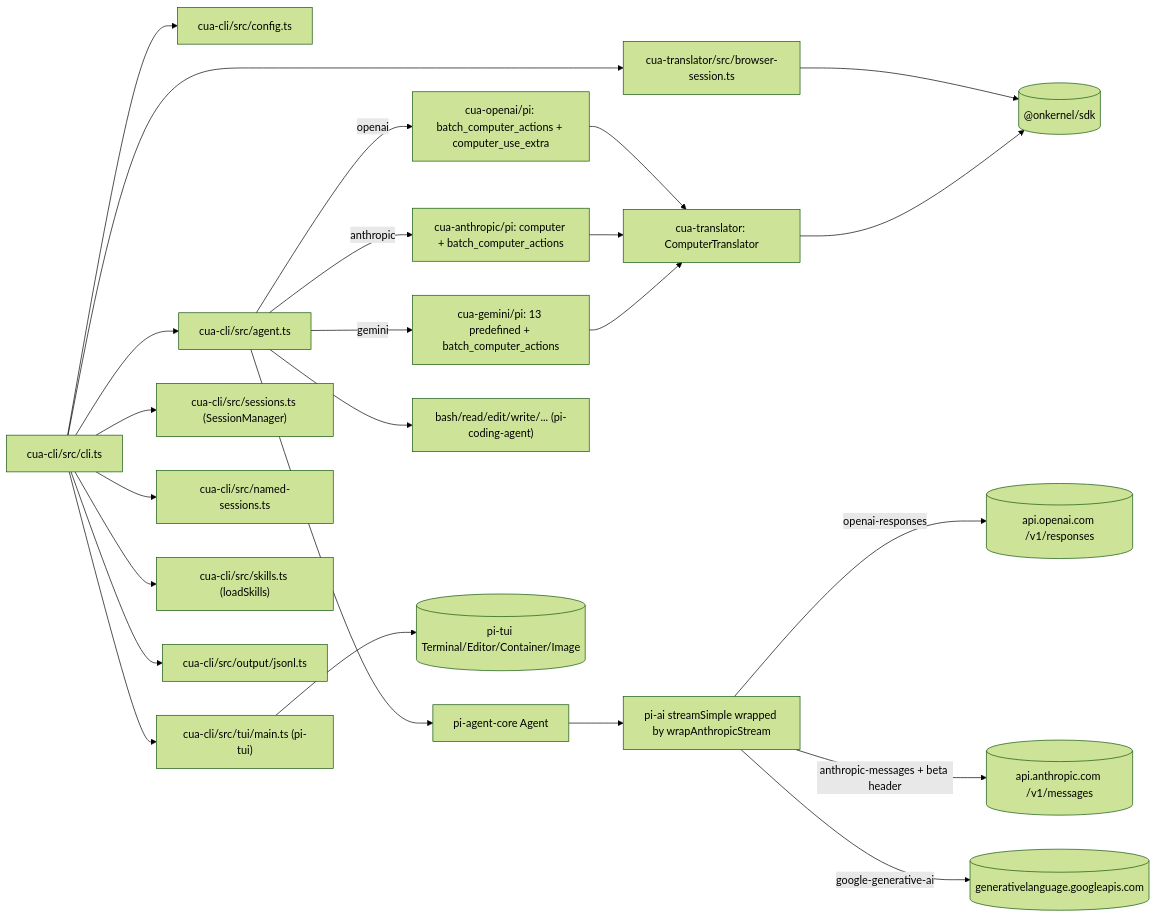
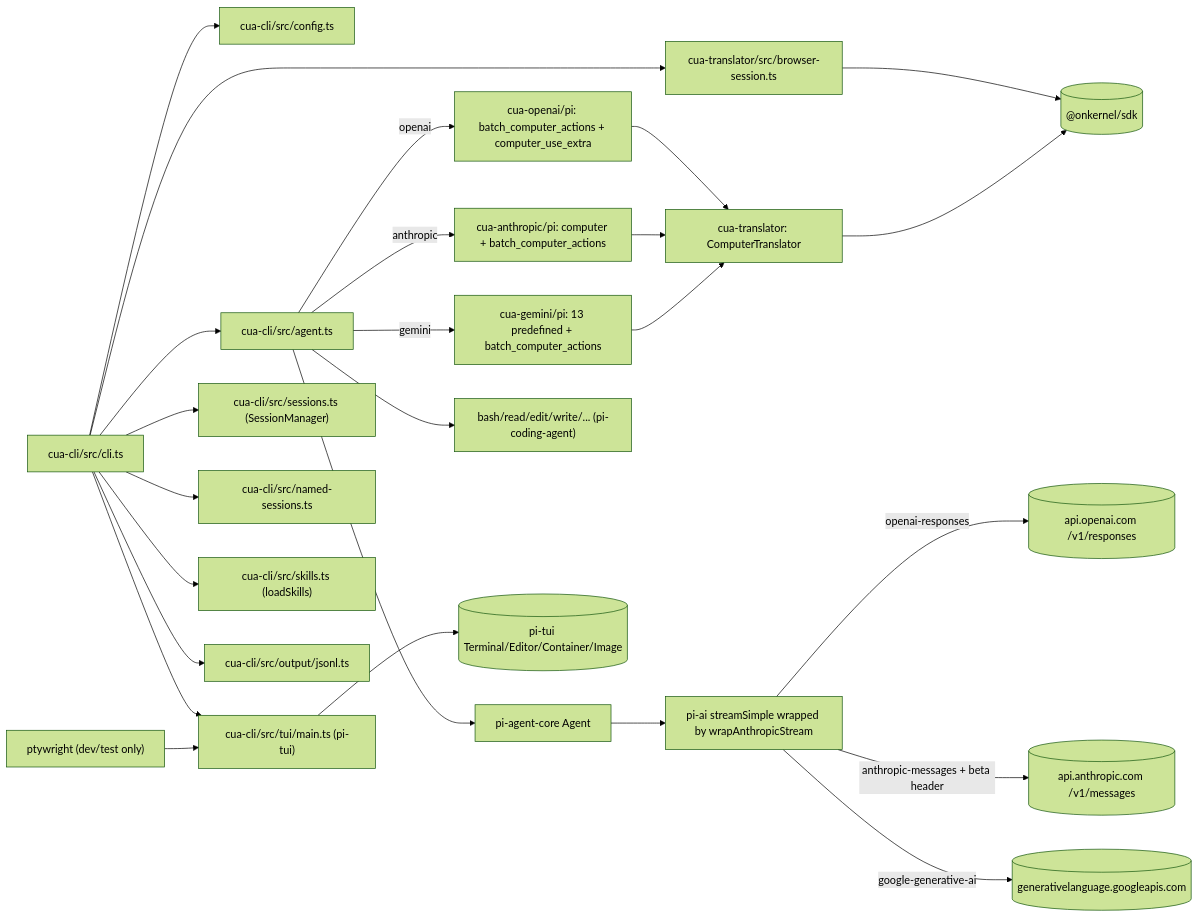
Before and after one commit to kernel/cua: the second of 2 diagrams in docs/architecture.md, drawn with Mermaid (forest theme). The commit also changed other lines of this file and 1 other file, not shown here.

First line of the commit message:
Document architecture invariants and docs workflow

````diff
--- a/docs/architecture.md
+++ b/docs/architecture.md
@@ -287,27 +348,28 @@
 ```mermaid
 flowchart LR
   cli["cua-cli/src/cli.ts"]
   cli --> cfg["cua-cli/src/config.ts"]
   cli --> sess["cua-translator/src/browser-session.ts"]
   sess --> sdk[("@onkernel/sdk")]
   cli --> agentMod["cua-cli/src/agent.ts"]
   agentMod --> piAgent["pi-agent-core Agent"]
   piAgent --> piAi["pi-ai streamSimple wrapped by wrapAnthropicStream"]
   piAi -->|"openai-responses"| openai[("api.openai.com /v1/responses")]
   piAi -->|"anthropic-messages + beta header"| anthro[("api.anthropic.com /v1/messages")]
   piAi -->|"google-generative-ai"| gemini[("generativelanguage.googleapis.com")]
   agentMod -->|"openai"| oaiTools["cua-openai/pi: batch_computer_actions + computer_use_extra"]
   agentMod -->|"anthropic"| antTools["cua-anthropic/pi: computer + batch_computer_actions"]
   agentMod -->|"gemini"| gemTools["cua-gemini/pi: 13 predefined + batch_computer_actions"]
   agentMod --> coding["bash/read/edit/write/... (pi-coding-agent)"]
   oaiTools --> translator["cua-translator: ComputerTranslator"]
   antTools --> translator
   gemTools --> translator
   translator --> sdk
   cli --> tui["cua-cli/src/tui/main.ts (pi-tui)"]
   tui --> piTui[("pi-tui Terminal/Editor/Container/Image")]
   cli --> sessionsMod["cua-cli/src/sessions.ts (SessionManager)"]
   cli --> namedSessionsMod["cua-cli/src/named-sessions.ts"]
   cli --> skillsMod["cua-cli/src/skills.ts (loadSkills)"]
   cli --> jsonl["cua-cli/src/output/jsonl.ts"]
+  pty["ptywright (dev/test only)"] --> tui
 ```
````
